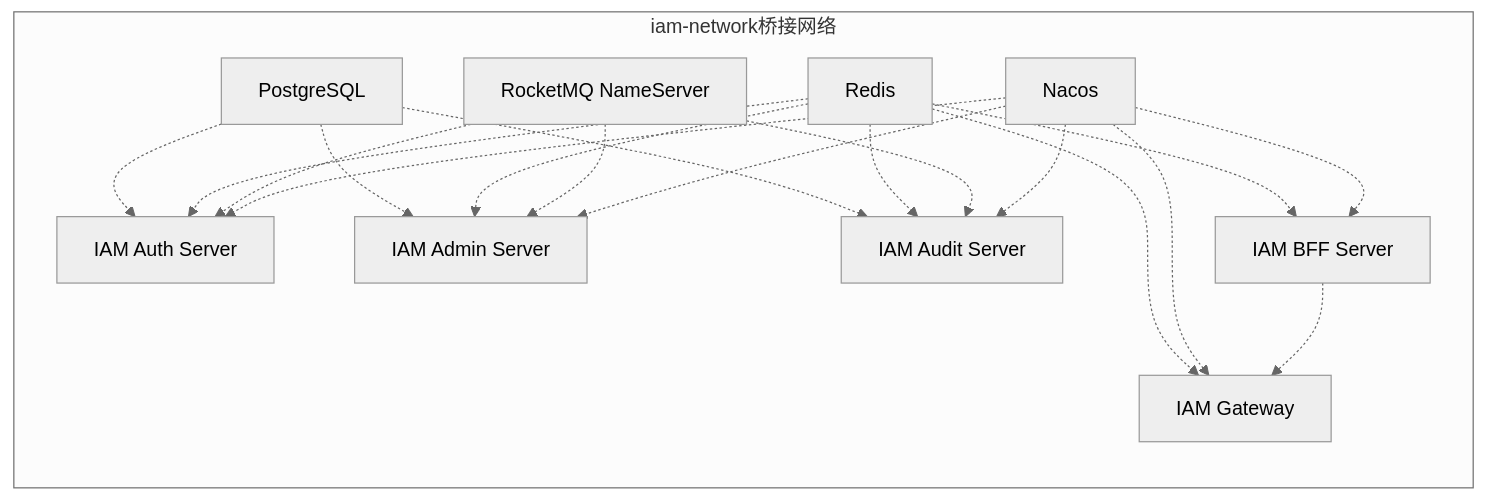
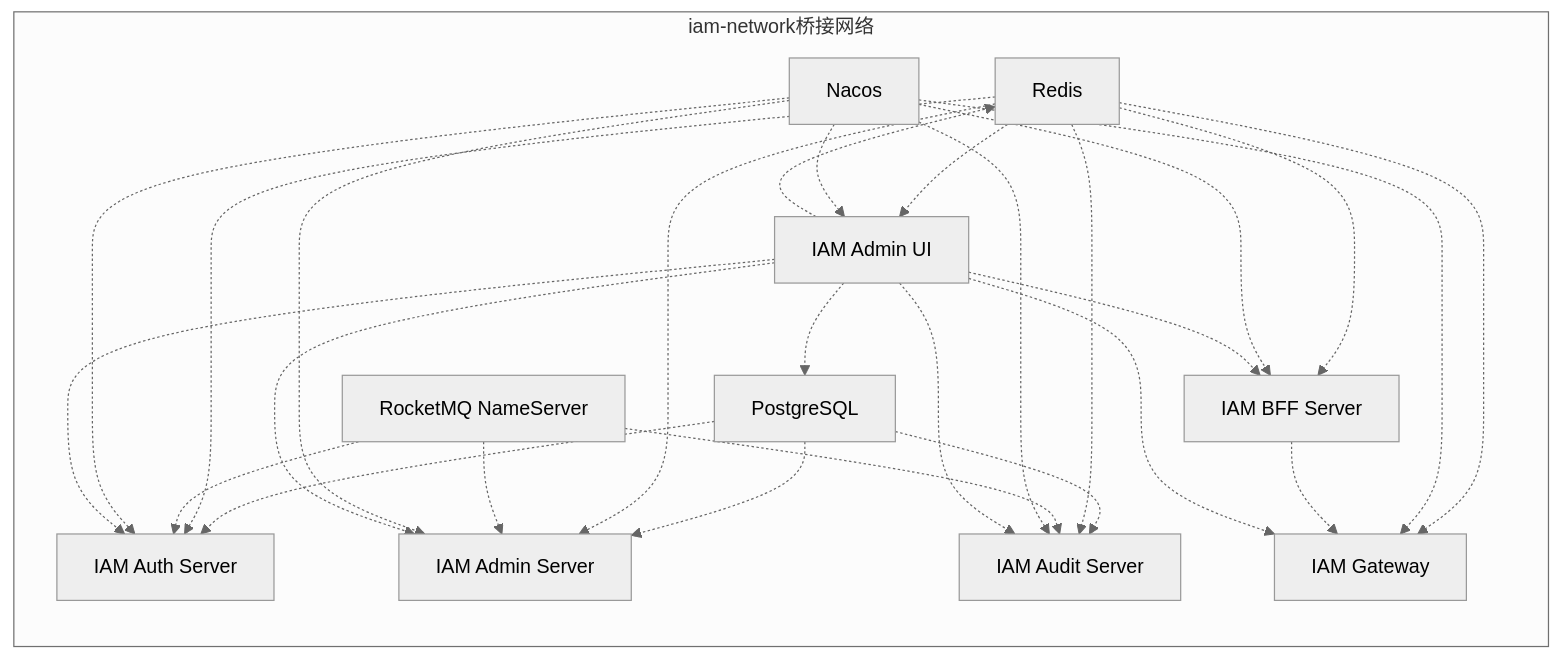
The tenth of 11 diagrams in .qoder/repowiki/zh/content/部署运维/Docker组合使用指南.md (fq0121104930716/iam-platform), drawn with Mermaid (neutral theme) before and after one commit. The commit also changed other lines of this file and 6 other files, not shown here.

````diff
--- a/.qoder/repowiki/zh/content/部署运维/Docker组合使用指南.md
+++ b/.qoder/repowiki/zh/content/部署运维/Docker组合使用指南.md
@@ -407,31 +511,41 @@
 ```mermaid
 graph LR
 subgraph "iam-network桥接网络"
 A[PostgreSQL]
 B[Redis]
 C[RocketMQ NameServer]
 D[Nacos]
 E[IAM Auth Server]
 F[IAM Admin Server]
 G[IAM Audit Server]
 H[IAM BFF Server]
 I[IAM Gateway]
+J[IAM Admin UI]
 end
 A -.-> E
 A -.-> F
 A -.-> G
 B -.-> E
 B -.-> F
 B -.-> G
 B -.-> H
 B -.-> I
+B -.-> J
 C -.-> E
 C -.-> F
 C -.-> G
 D -.-> E
 D -.-> F
 D -.-> G
 D -.-> H
 D -.-> I
+D -.-> J
 H -.-> I
+J -.-> I
+J -.-> H
+J -.-> E
+J -.-> F
+J -.-> G
+J -.-> A
+J -.-> B
 ```
````
